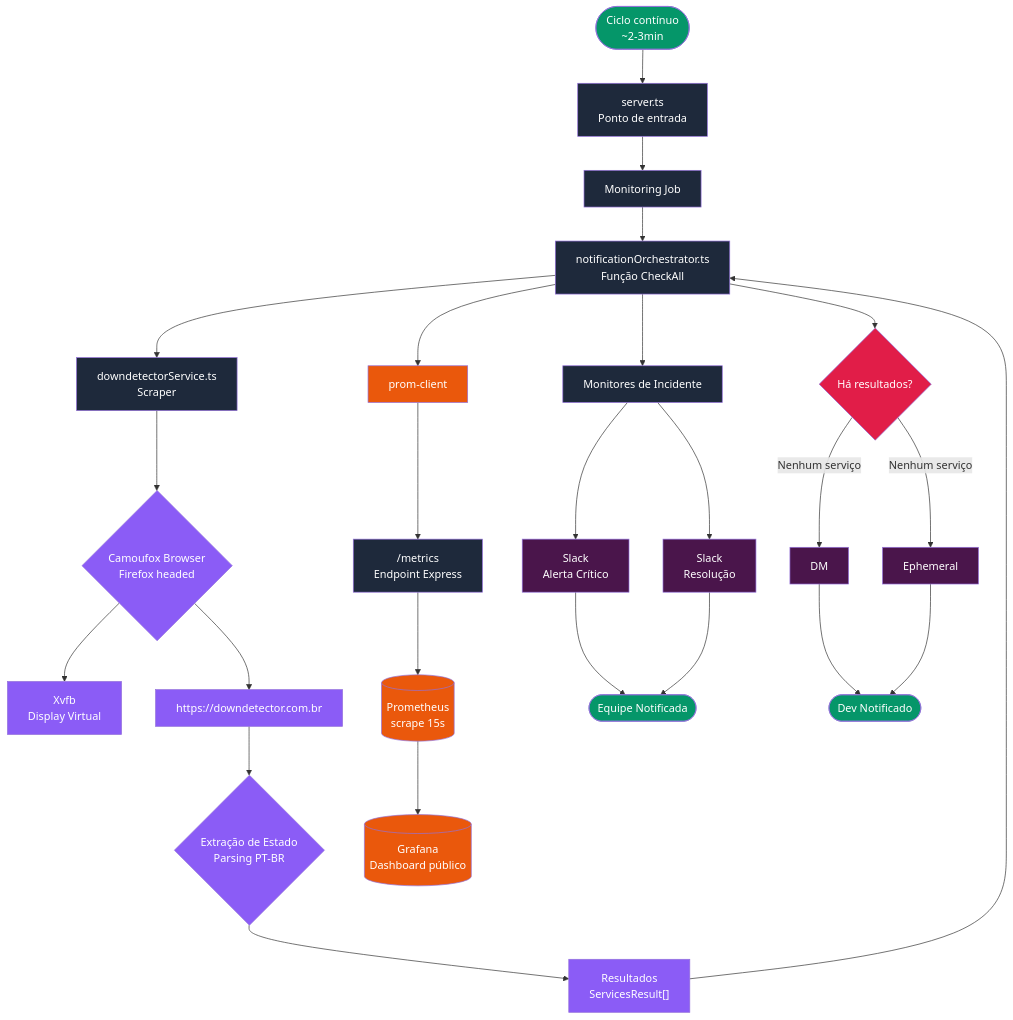
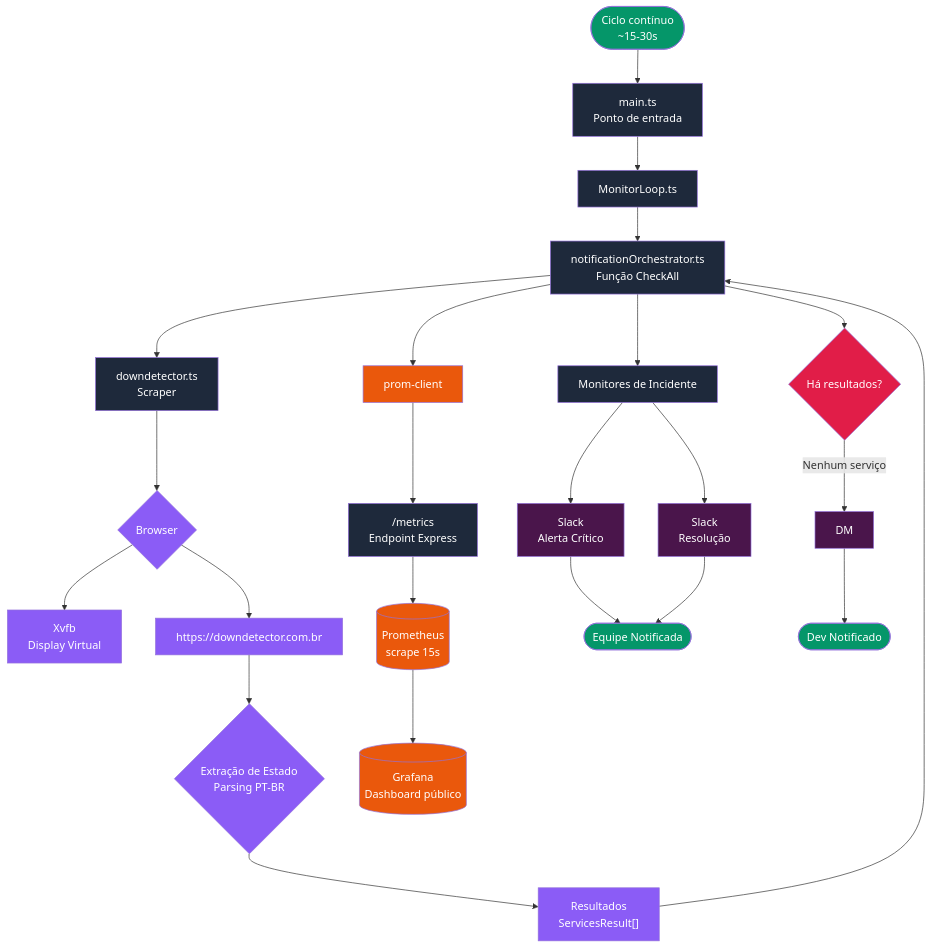
The first of 4 diagrams in README.md (eduardotashiro/downdetector-slack), drawn with Mermaid before and after one commit. The commit also changed other lines of this file, not shown here.

````diff
--- a/README.md
+++ b/README.md
@@ -319,69 +307,67 @@
 ```mermaid
 graph TB
-    Start([Ciclo contínuo<br/>~2-3min]) --> Server[server.ts<br/>Ponto de entrada]
-    Server --> Job[Monitoring Job]
+    Start([Ciclo contínuo<br/>~15-30s]) --> Server[main.ts<br/>Ponto de entrada]
+    Server --> Job[MonitorLoop.ts]
     Job --> Orchestrator[notificationOrchestrator.ts<br/>Função CheckAll]
 
-    Orchestrator --> Scraper[downdetectorService.ts<br/>Scraper]
+    Orchestrator --> Scraper[downdetector.ts<br/>Scraper]
 
-    Scraper --> Browser{Camoufox Browser<br/>Firefox headed}
+    Scraper --> Browser{Browser<br/>}
     Browser --> Xvfb[Xvfb<br/>Display Virtual]
     Browser --> DD[https://downdetector.com.br]
 
     DD --> Data{Extração de Estado<br/>Parsing PT-BR}
     Data --> Results["Resultados<br/>ServicesResult[]"]
     Results --> Orchestrator
 
     Orchestrator --> Incident[Monitores de Incidente<br/>]
     Orchestrator --> ErrorMon{Há resultados?}
     Orchestrator --> Metrics[prom-client]
 
     Incident --> Slack1[Slack<br/>Alerta Crítico]
     Incident --> Slack2[Slack<br/>Resolução]
 
     ErrorMon -- "Nenhum serviço" --> DM[DM]
-    ErrorMon -- "Nenhum serviço" --> Ephemeral[Ephemeral]
 
     Metrics --> Endpoint["/metrics<br/>Endpoint Express"]
     Endpoint --> Prom[(Prometheus<br/>scrape 15s)]
     Prom --> Grafana[(Grafana<br/>Dashboard público)]
 
     Slack1 --> End([Equipe Notificada])
     Slack2 --> End
     DM --> Dev([Dev Notificado])
-    Ephemeral --> Dev
+
 
     %% Estilos - Início e Fim (Verde)
     style Start fill:#059669,color:#fff
     style End fill:#059669,color:#fff
     style Dev fill:#059669,color:#fff
 
     %% Estilos - Core/Backend (Azul Escuro/Slate)
     style Server fill:#1e293b,color:#fff
     style Job fill:#1e293b,color:#fff
     style Orchestrator fill:#1e293b,color:#fff
     style Scraper fill:#1e293b,color:#fff
     style Incident fill:#1e293b,color:#fff
     style Endpoint fill:#1e293b,color:#fff
 
     %% Estilos - Scraping e Browser (Roxo)
     style Browser fill:#8b5cf6,color:#fff
     style Xvfb fill:#8b5cf6,color:#fff
     style DD fill:#8b5cf6,color:#fff
     style Data fill:#8b5cf6,color:#fff
     style Results fill:#8b5cf6,color:#fff
 
     %% Estilos - Condição de Erro (Vermelho)
     style ErrorMon fill:#e11d48,color:#fff
 
     %% Estilos - Observabilidade (Laranja)
     style Metrics fill:#ea580c,color:#fff
     style Prom fill:#ea580c,color:#fff
     style Grafana fill:#ea580c,color:#fff
 
     %% Estilos - Slack (Beringela - Mantido)
     style Slack1 fill:#4A154B,color:#fff
     style Slack2 fill:#4A154B,color:#fff
     style DM fill:#4A154B,color:#fff
-    style Ephemeral fill:#4A154B,color:#fff
 ```
````
